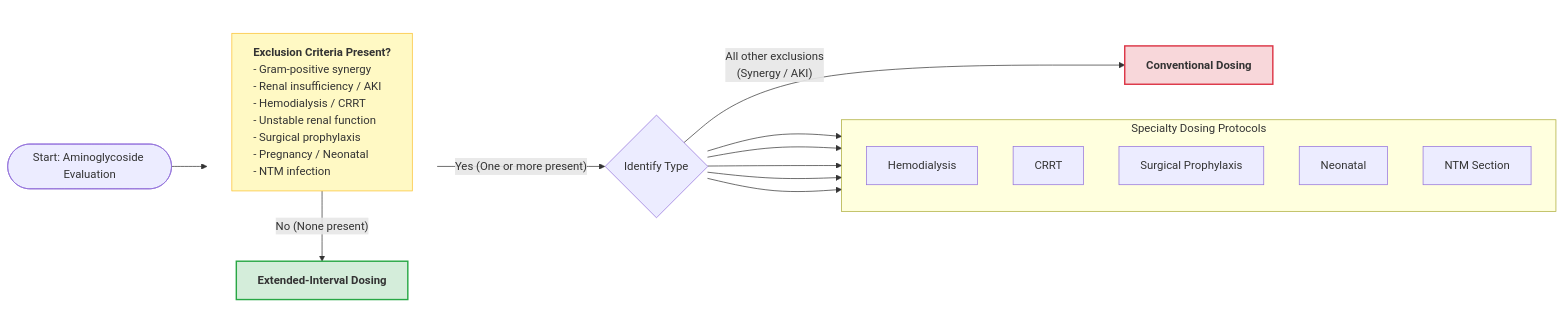
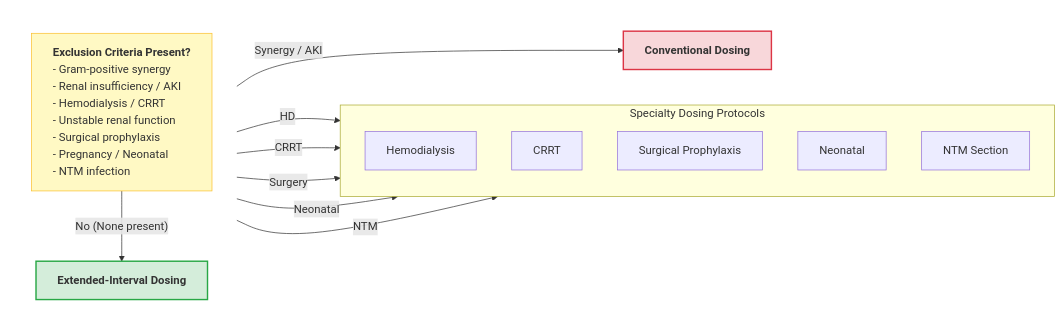
Before and after one commit to shemtsai/Aminoglycoside-Calculator: the diagram in dosing-strategy.md, drawn with Mermaid.

Commit message:
Refactor flowchart for dosing strategy clarity

````diff
--- a/dosing-strategy.md
+++ b/dosing-strategy.md
@@ -38,39 +38,38 @@
 ```mermaid
 flowchart LR
-    Start([Start: Aminoglycoside Evaluation]) --> Criteria[<b>Exclusion Criteria Present?</b><br/>- Gram-positive synergy<br/>- Renal insufficiency / AKI<br/>- Hemodialysis / CRRT<br/>- Unstable renal function<br/>- Surgical prophylaxis<br/>- Pregnancy / Neonatal<br/>- NTM infection]
+    %% The main decision hub with the checklist
+    Criteria[<b>Exclusion Criteria Present?</b><br/>- Gram-positive synergy<br/>- Renal insufficiency / AKI<br/>- Hemodialysis / CRRT<br/>- Unstable renal function<br/>- Surgical prophylaxis<br/>- Pregnancy / Neonatal<br/>- NTM infection]
     
     style Criteria fill:#fff9c4,stroke:#fbc02d,text-align:left
 
-    %% THE VERTICAL DROP
+    %% THE VERTICAL DROP (The "Happy Path")
     subgraph Main_Path [ ]
         direction TB
         Criteria
         EI[<b>Extended-Interval Dosing</b>]
     end
     Criteria -- "No (None present)" --> EI
     style EI fill:#d4edda,stroke:#28a745,stroke-width:2px
     style Main_Path fill:none,stroke:none
 
-    %% THE HORIZONTAL BRANCH
-    Criteria -- "Yes (One or more present)" --> ExclusionType{Identify Type}
-
-    %% Default Path
-    ExclusionType -- "All other exclusions<br/>(Synergy / AKI)" --> F[<b>Conventional Dosing</b>]
+    %% THE HORIZONTAL BRANCHES (Direct to outcomes)
+    Criteria -- "Synergy / AKI" --> F[<b>Conventional Dosing</b>]
     style F fill:#f8d7da,stroke:#dc3545,stroke-width:2px
 
-    %% Specialty protocols branch out
+    %% Specialty protocols on the far right
     subgraph Specialty_Protocols [Specialty Dosing Protocols]
         direction TB
         G[Hemodialysis]
         H[CRRT]
         I[Surgical Prophylaxis]
         J[Neonatal]
         K[NTM Section]
     end
 
-    ExclusionType --> G
-    ExclusionType --> H
-    ExclusionType --> I
-    ExclusionType --> J
-    ExclusionType --> K
+    %% Direct links from the main box to the specific protocols
+    Criteria -- "HD" --> G
+    Criteria -- "CRRT" --> H
+    Criteria -- "Surgery" --> I
+    Criteria -- "Neonatal" --> J
+    Criteria -- "NTM" --> K
 ```
````
